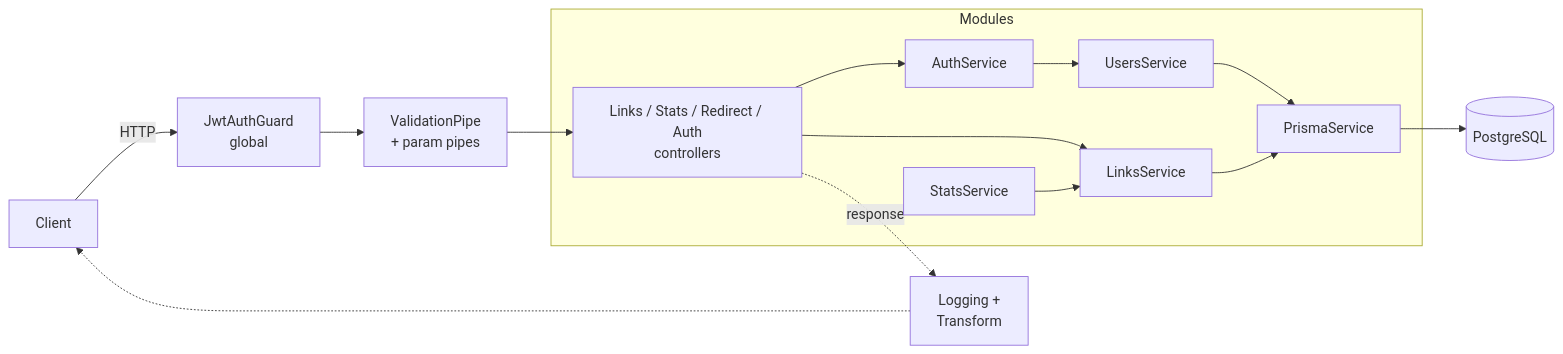
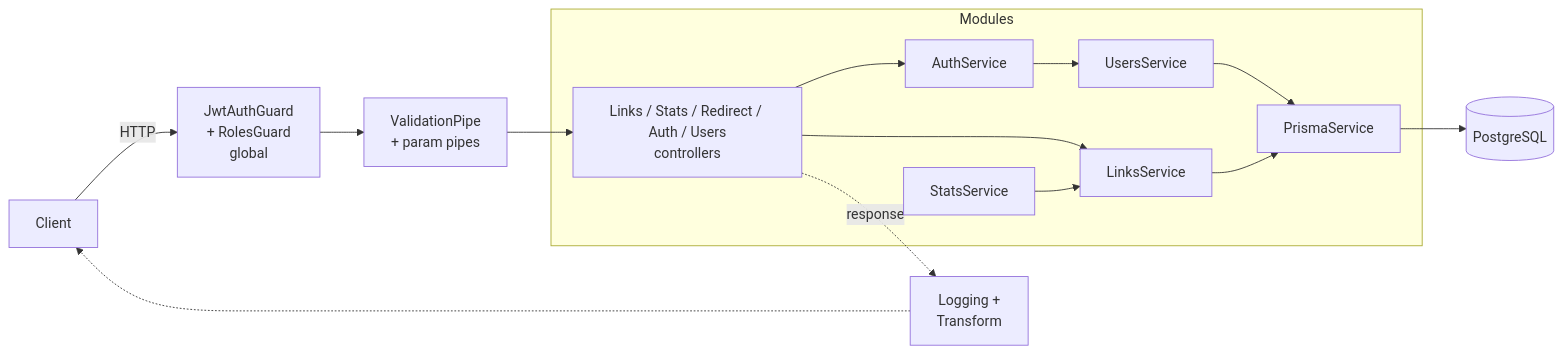
One commit to huseyincansoylu/shortlink-api changed the first of 2 diagrams in README.md. Above: the diagram before and after it, drawn with Mermaid. The commit also changed other lines of this file and 10 other files, not shown here.

````diff
--- a/README.md
+++ b/README.md
@@ -24,15 +25,15 @@
 ```mermaid
 flowchart LR
-    Client -->|HTTP| Guard[JwtAuthGuard<br/>global]
+    Client -->|HTTP| Guard[JwtAuthGuard<br/>+ RolesGuard<br/>global]
     Guard --> Pipes[ValidationPipe<br/>+ param pipes]
     Pipes --> Controllers
     subgraph Modules
-        Controllers[Links / Stats / Redirect / Auth<br/>controllers] --> LinksService
+        Controllers[Links / Stats / Redirect / Auth / Users<br/>controllers] --> LinksService
         Controllers --> AuthService --> UsersService --> PrismaService
         StatsService --> LinksService
         LinksService --> PrismaService
     end
     PrismaService --> DB[(PostgreSQL)]
     Controllers -.->|response| Interceptors[Logging +<br/>Transform]
     Interceptors -.-> Client
 ```
````
